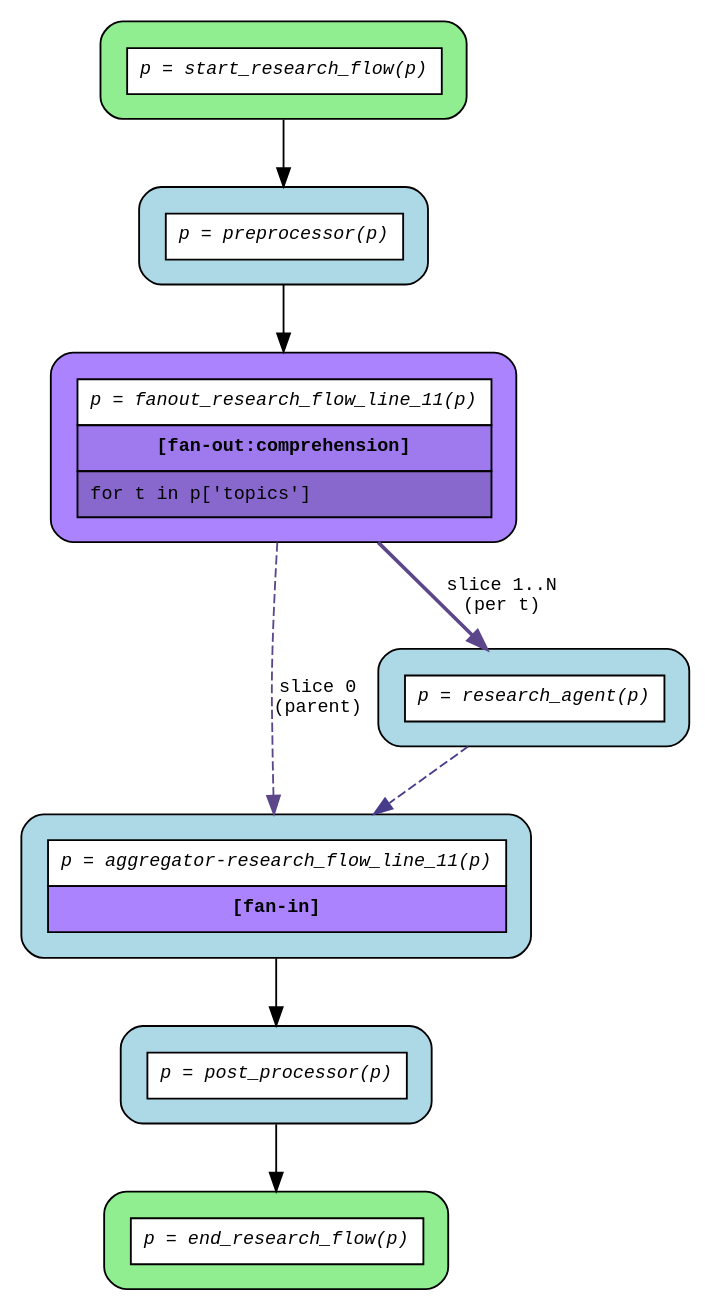
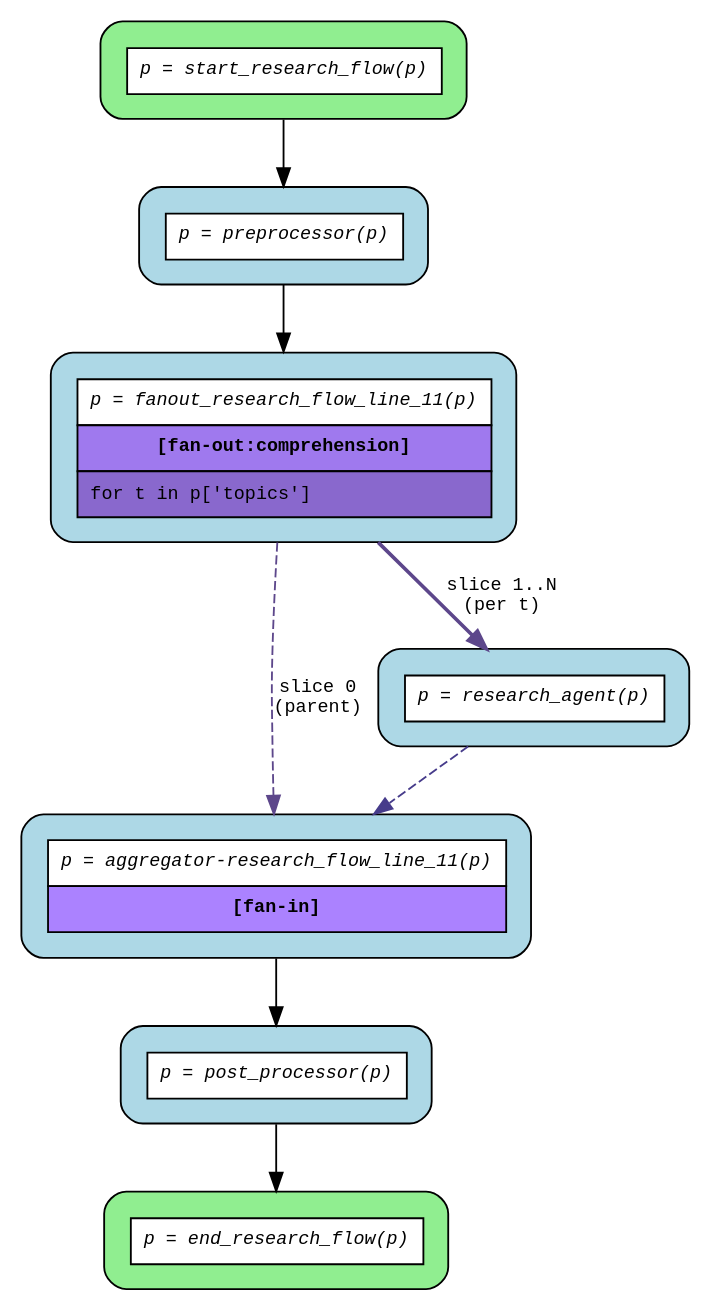
Before and after one commit to deliveryhero/asya: the diagram in examples/flows/compiled/fanout_comprehension/flow.dot, drawn with Graphviz. The commit also changed 12 other files, not shown here.

Commit message:
Blue router color for fan-out routers

```diff
--- a/examples/flows/compiled/fanout_comprehension/flow.dot
+++ b/examples/flows/compiled/fanout_comprehension/flow.dot
@@ -1,22 +1,22 @@
 digraph flow {
   rankdir=TB;
   graph [fontname="Courier", fontsize=10];
   node [fontname="Courier", fontsize=10, shape=box, style="filled,rounded", margin="0.2"];
   edge [fontname="Courier", fontsize=10];
 
   start_research_flow [fillcolor="lightgreen", label=<<table border="0" cellspacing="0" cellpadding="6" cellborder="1"><tr><td bgcolor="white" align="center"><i>p = start_research_flow(p)</i></td></tr></table>>];
-  fanout_research_flow_line_11 [fillcolor="mediumpurple1", label=<<table border="0" cellspacing="0" cellpadding="6" cellborder="1"><tr><td bgcolor="white" align="center"><i>p = fanout_research_flow_line_11(p)</i></td></tr><tr><td bgcolor="mediumpurple2" align="center"><b>[fan-out:comprehension]</b></td></tr><tr><td bgcolor="mediumpurple3" align="left">for t in p['topics']</td></tr></table>>];
+  fanout_research_flow_line_11 [fillcolor="lightblue", label=<<table border="0" cellspacing="0" cellpadding="6" cellborder="1"><tr><td bgcolor="white" align="center"><i>p = fanout_research_flow_line_11(p)</i></td></tr><tr><td bgcolor="mediumpurple2" align="center"><b>[fan-out:comprehension]</b></td></tr><tr><td bgcolor="mediumpurple3" align="left">for t in p['topics']</td></tr></table>>];
   end_research_flow [fillcolor="lightgreen", label=<<table border="0" cellspacing="0" cellpadding="6" cellborder="1"><tr><td bgcolor="white" align="center"><i>p = end_research_flow(p)</i></td></tr></table>>];
   aggregator_research_flow_line_11 [fillcolor="lightblue", label=<<table border="0" cellspacing="0" cellpadding="6" cellborder="1"><tr><td bgcolor="white" align="center"><i>p = aggregator-research_flow_line_11(p)</i></td></tr><tr><td bgcolor="mediumpurple1" align="center"><b>[fan-in]</b></td></tr></table>>];
   post_processor [fillcolor="lightblue", label=<<table border="0" cellspacing="0" cellpadding="6" cellborder="1"><tr><td bgcolor="white" align="center"><i>p = post_processor(p)</i></td></tr></table>>];
   preprocessor [fillcolor="lightblue", label=<<table border="0" cellspacing="0" cellpadding="6" cellborder="1"><tr><td bgcolor="white" align="center"><i>p = preprocessor(p)</i></td></tr></table>>];
   research_agent [fillcolor="lightblue", label=<<table border="0" cellspacing="0" cellpadding="6" cellborder="1"><tr><td bgcolor="white" align="center"><i>p = research_agent(p)</i></td></tr></table>>];
 
   aggregator_research_flow_line_11 -> post_processor;
   fanout_research_flow_line_11 -> aggregator_research_flow_line_11 [color=mediumpurple4, label="slice 0\n(parent)", style=dashed];
   fanout_research_flow_line_11 -> research_agent [color=mediumpurple4, label="slice 1..N\n(per t)", style=bold];
   post_processor -> end_research_flow;
   preprocessor -> fanout_research_flow_line_11;
   research_agent -> aggregator_research_flow_line_11 [color=slateblue4, style=dashed];
   start_research_flow -> preprocessor;
 }
```
